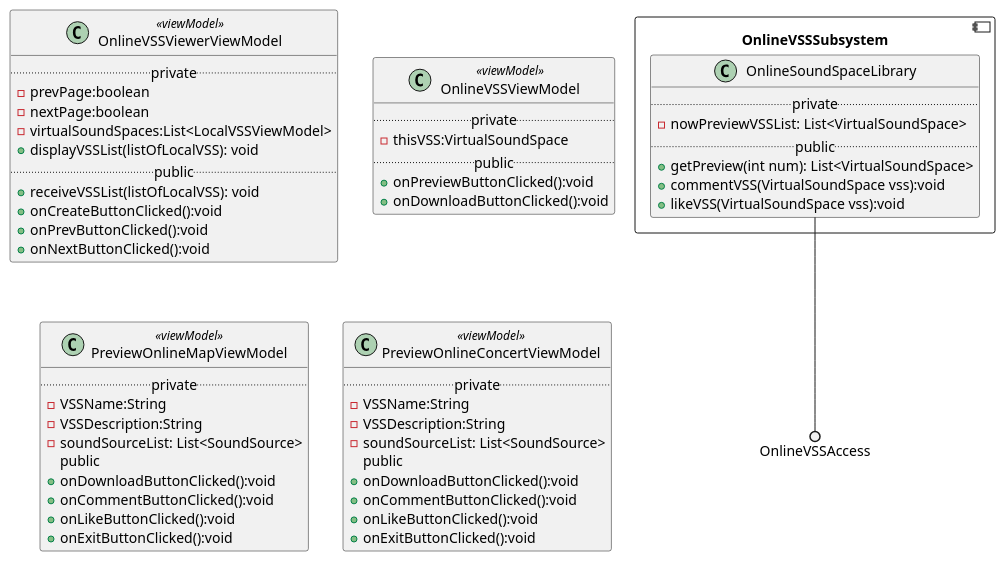
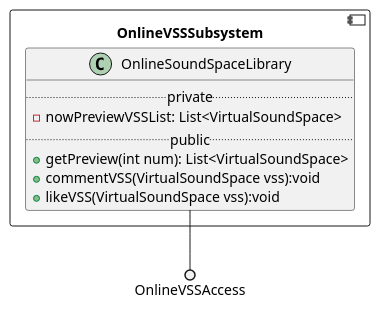
The fourth of 20 diagrams in 设计/软件架构文档.md (kpp19920121/doc), drawn with PlantUML before and after one commit. The commit also changed other lines of this file and 16 other files, not shown here.

````diff
--- a/设计/软件架构文档.md
+++ b/设计/软件架构文档.md
@@ -286,60 +284,16 @@
 ```PlantUML
 @startuml Diagrams/OnlineVSSSubsystemClassDiagram
 component OnlineVSSSubsystem {
     class OnlineSoundSpaceLibrary {
     ..private..
     - nowPreviewVSSList: List<VirtualSoundSpace>
     ..public..
     + getPreview(int num): List<VirtualSoundSpace>
     + commentVSS(VirtualSoundSpace vss):void
     + likeVSS(VirtualSoundSpace vss):void
     }
 }
 
-class OnlineVSSViewerViewModel <<viewModel>> {
-  ..private..
-  -prevPage:boolean
-  -nextPage:boolean
-  -virtualSoundSpaces:List<LocalVSSViewModel>
-	+displayVSSList(listOfLocalVSS): void
-  ..public..
-	+receiveVSSList(listOfLocalVSS): void
-  +onCreateButtonClicked():void
-  +onPrevButtonClicked():void
-  +onNextButtonClicked():void
-}
-
-class OnlineVSSViewModel <<viewModel>> {
-  ..private..
-  -thisVSS:VirtualSoundSpace
-  ..public..
-  +onPreviewButtonClicked():void
-  +onDownloadButtonClicked():void
-}
-
-class PreviewOnlineMapViewModel <<viewModel>> {
-	..private..
-  - VSSName:String
-  - VSSDescription:String
-	- soundSourceList: List<SoundSource>
-  ..public..
-  +onDownloadButtonClicked():void
-  +onCommentButtonClicked():void
-  +onLikeButtonClicked():void
-  +onExitButtonClicked():void
-}
-class PreviewOnlineConcertViewModel <<viewModel>> {
-	..private..
-  - VSSName:String
-  - VSSDescription:String
-	- soundSourceList: List<SoundSource>
-  ..public..
-  +onDownloadButtonClicked():void
-  +onCommentButtonClicked():void
-  +onLikeButtonClicked():void
-  +onExitButtonClicked():void
-}
-
 OnlineSoundSpaceLibrary --() OnlineVSSAccess
 @enduml
 ```
````
